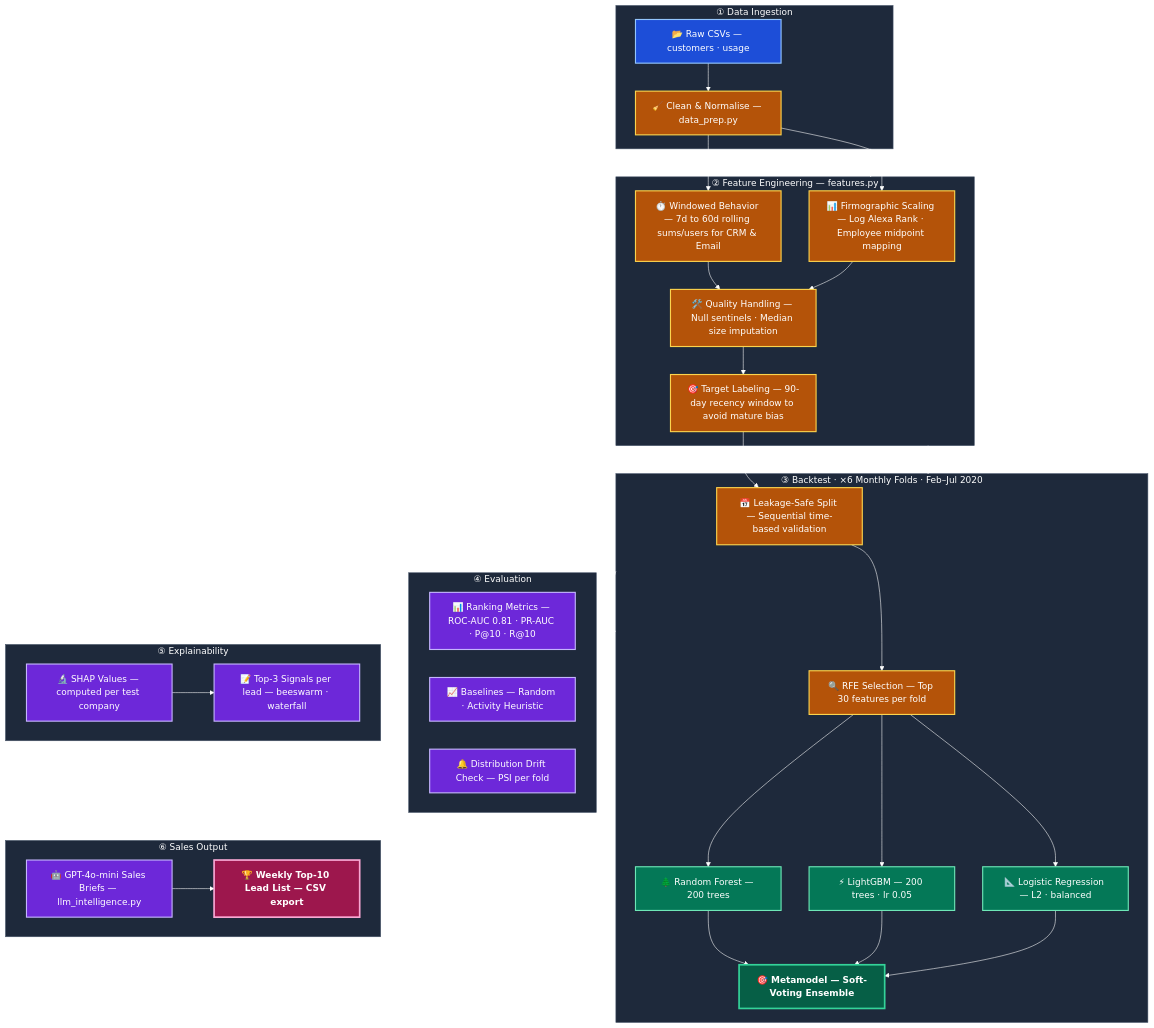
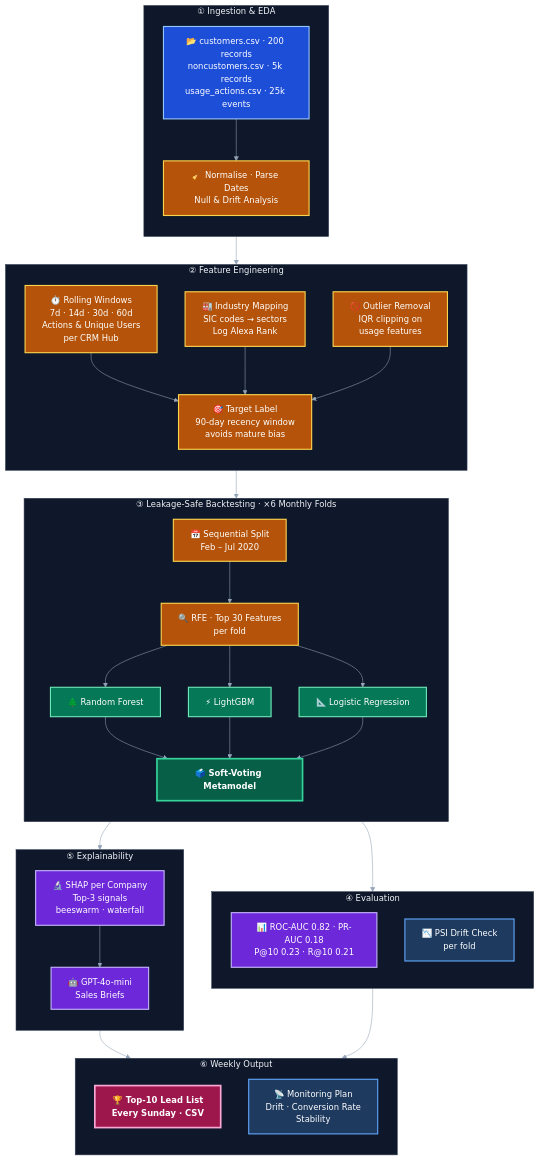
Before and after one commit to jordisc97/Conversion-Prediction-Model: the diagram in README.md, drawn with Mermaid.

Commit message:
Update README.md with mermaid

````diff
--- a/README.md
+++ b/README.md
@@ -7,70 +7,68 @@
 ```mermaid
-%%{init: {'theme': 'base', 'themeVariables': {'edgeLabelBackground': 'transparent', 'clusterBkg': '#1e293b', 'clusterBorder': '#475569', 'titleColor': '#ffffff', 'edgeStrokeColor': '#ffffff', 'lineColor': '#ffffff'}}}%%
+%%{init: {'theme': 'base', 'themeVariables': {'edgeLabelBackground': 'transparent', 'clusterBkg': '#0f172a', 'clusterBorder': '#334155', 'titleColor': '#f1f5f9', 'lineColor': '#94a3b8', 'fontSize': '15px'}}}%%
 flowchart TB
-    classDef data     fill:#1d4ed8,stroke:#93c5fd,stroke-width:2px,color:#ffffff
-    classDef process  fill:#b45309,stroke:#fcd34d,stroke-width:2px,color:#ffffff
-    classDef model    fill:#047857,stroke:#6ee7b7,stroke-width:2px,color:#ffffff
-    classDef ensemble fill:#065f46,stroke:#34d399,stroke-width:3px,color:#ffffff,font-weight:bold
-    classDef output   fill:#6d28d9,stroke:#c4b5fd,stroke-width:2px,color:#ffffff
-    classDef report   fill:#9d174d,stroke:#f9a8d4,stroke-width:3px,color:#ffffff,font-weight:bold
+    classDef data     fill:#1d4ed8,stroke:#93c5fd,stroke-width:2px,color:#fff
+    classDef process  fill:#b45309,stroke:#fcd34d,stroke-width:2px,color:#fff
+    classDef model    fill:#047857,stroke:#6ee7b7,stroke-width:2px,color:#fff
+    classDef ensemble fill:#065f46,stroke:#34d399,stroke-width:3px,color:#fff,font-weight:bold
+    classDef output   fill:#6d28d9,stroke:#c4b5fd,stroke-width:2px,color:#fff
+    classDef report   fill:#9d174d,stroke:#f9a8d4,stroke-width:3px,color:#fff,font-weight:bold
+    classDef monitor  fill:#1e3a5f,stroke:#60a5fa,stroke-width:2px,color:#fff
 
-    %% ── INGESTION ──────────────────────────────────────
-    subgraph ING ["① Data Ingestion"]
-        A1["📂 Raw CSVs — customers · usage"]:::data
-        A2["🧹 Clean & Normalise — data_prep.py"]:::process
+    %% ── 1. DATA ─────────────────────────────────
+    subgraph ING ["① Ingestion & EDA"]
+        direction TB
+        A1["📂 customers.csv · 200 records<br/>noncustomers.csv · 5k records<br/>usage_actions.csv · 25k events"]:::data
+        A2["🧹 Normalise · Parse Dates<br/>Null & Drift Analysis"]:::process
         A1 --> A2
     end
 
-    %% ── FEATURE ENGINEERING ────────────────────────────
-    subgraph FE ["② Feature Engineering — features.py"]
-        F1["⏱️ Windowed Behavior — 7d to 60d rolling sums/users for CRM & Email"]:::process
-        F2["📊 Firmographic Scaling — Log Alexa Rank · Employee midpoint mapping"]:::process
-        F3["🛠️ Quality Handling — Null sentinels · Median size imputation"]:::process
-        F4["🎯 Target Labeling — 90-day recency window to avoid mature bias"]:::process
-        A2 --> F1 & F2
-        F1 & F2 --> F3
-        F3 --> F4
+    %% ── 2. FEATURES ─────────────────────────────
+    subgraph FE ["② Feature Engineering"]
+        direction TB
+        F1["⏱️ Rolling Windows<br/>7d · 14d · 30d · 60d<br/>Actions & Unique Users<br/>per CRM Hub"]:::process
+        F2["🏭 Industry Mapping<br/>SIC codes → sectors<br/>Log Alexa Rank"]:::process
+        F3["🚫 Outlier Removal<br/>IQR clipping on<br/>usage features"]:::process
+        F4["🎯 Target Label<br/>90-day recency window<br/>avoids mature bias"]:::process
+        F1 & F2 & F3 --> F4
     end
 
-    %% ── BACKTESTING ────────────────────────────────────
-    subgraph BT ["③ Backtest · ×6 Monthly Folds · Feb–Jul 2020"]
-        B1["📅 Leakage-Safe Split — Sequential time-based validation"]:::process
-        B2["🔍 RFE Selection — Top 30 features per fold"]:::process
-        B3["🌲 Random Forest — 200 trees"]:::model
-        B4["⚡ LightGBM — 200 trees · lr 0.05"]:::model
-        B5["📐 Logistic Regression — L2 · balanced"]:::model
-        B6["🎯 Metamodel — Soft-Voting Ensemble"]:::ensemble
-        F4 --> B1
-        B1 --> B2
-        B2 --> B3 & B4 & B5
-        B3 & B4 & B5 --> B6
+    %% ── 3. MODELLING ────────────────────────────
+    subgraph BT ["③ Leakage-Safe Backtesting · ×6 Monthly Folds"]
+        direction TB
+        B1["📅 Sequential Split<br/>Feb – Jul 2020"]:::process
+        B2["🔍 RFE · Top 30 Features<br/>per fold"]:::process
+        B3["🌲 Random Forest"]:::model
+        B4["⚡ LightGBM"]:::model
+        B5["📐 Logistic Regression"]:::model
+        B6["🗳️ Soft-Voting Metamodel"]:::ensemble
+        B1 --> B2 --> B3 & B4 & B5 --> B6
     end
 
-    %% ── EVALUATION ─────────────────────────────────────
+    %% ── 4. EVALUATION ───────────────────────────
     subgraph EV ["④ Evaluation"]
-        C1["📊 Ranking Metrics — ROC-AUC 0.81 · PR-AUC · P@10 · R@10"]:::output
-        C2["📈 Baselines — Random · Activity Heuristic"]:::output
-        C3["🔔 Distribution Drift Check — PSI per fold"]:::output
+        direction TB
+        C1["📊 ROC-AUC 0.82 · PR-AUC 0.18<br/>P@10 0.23 · R@10 0.21"]:::output
+        C2["📉 PSI Drift Check<br/>per fold"]:::monitor
     end
 
-    %% ── EXPLAINABILITY ──────────────────────────────────
+    %% ── 5. EXPLAINABILITY ───────────────────────
     subgraph XP ["⑤ Explainability"]
-        D1["🔬 SHAP Values — computed per test company"]:::output
-        D2["📝 Top-3 Signals per lead — beeswarm · waterfall"]:::output
+        direction TB
+        D1["🔬 SHAP per Company<br/>Top-3 signals<br/>beeswarm · waterfall"]:::output
+        D2["🤖 GPT-4o-mini<br/>Sales Briefs"]:::output
         D1 --> D2
     end
 
-    %% ── SALES OUTPUT ────────────────────────────────────
-    subgraph SO ["⑥ Sales Output"]
-        E1["🤖 GPT-4o-mini Sales Briefs — llm_intelligence.py"]:::output
-        E2["🏆 Weekly Top-10 Lead List — CSV export"]:::report
-        E1 --> E2
+    %% ── 6. OUTPUT ───────────────────────────────
+    subgraph SO ["⑥ Weekly Output"]
+        direction TB
+        E1["🏆 Top-10 Lead List<br/>Every Sunday · CSV"]:::report
+        E2["📡 Monitoring Plan<br/>Drift · Conversion Rate<br/>Stability"]:::monitor
     end
 
-    %% ── MAIN FLOW ───────────────────────────────────────
-    ING --> FE
-    FE  --> BT
-    BT  --> EV
-    BT  --> XP
-    XP  --> SO
+    %% ── MAIN FLOW ───────────────────────────────
+    ING --> FE --> BT --> EV & XP
+    XP --> SO
+    EV --> SO
 ```
````
